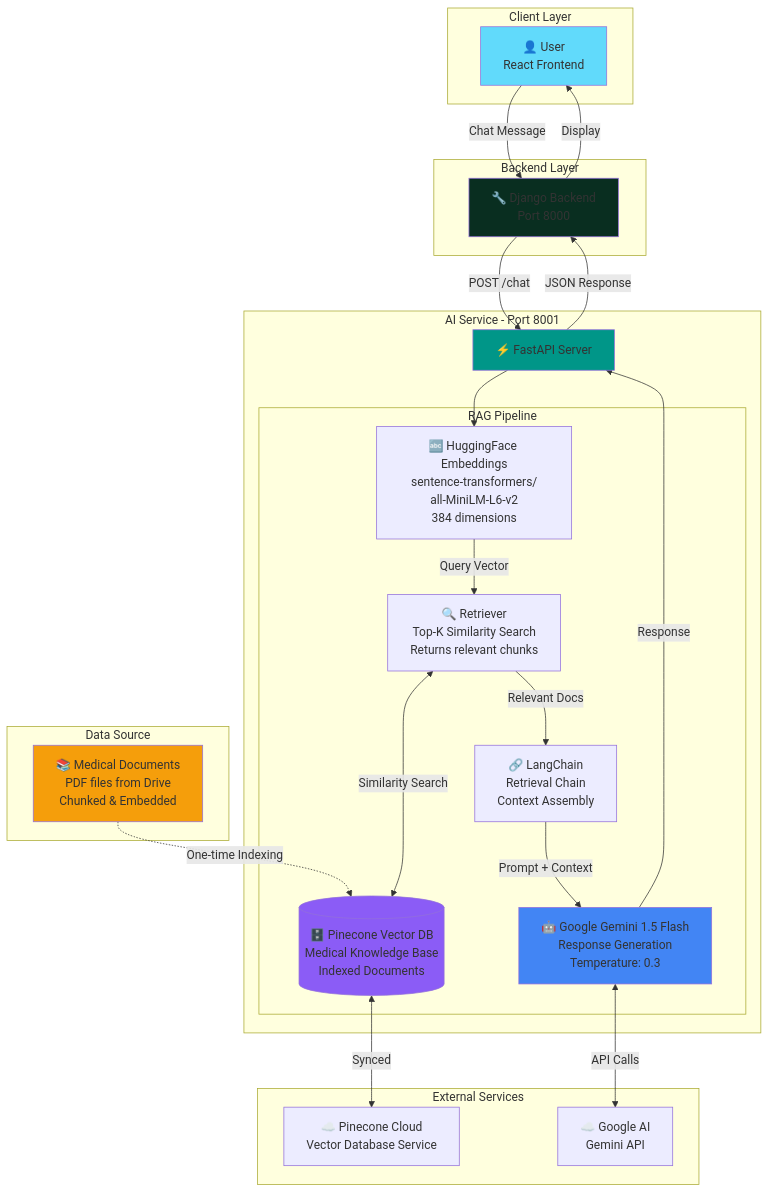
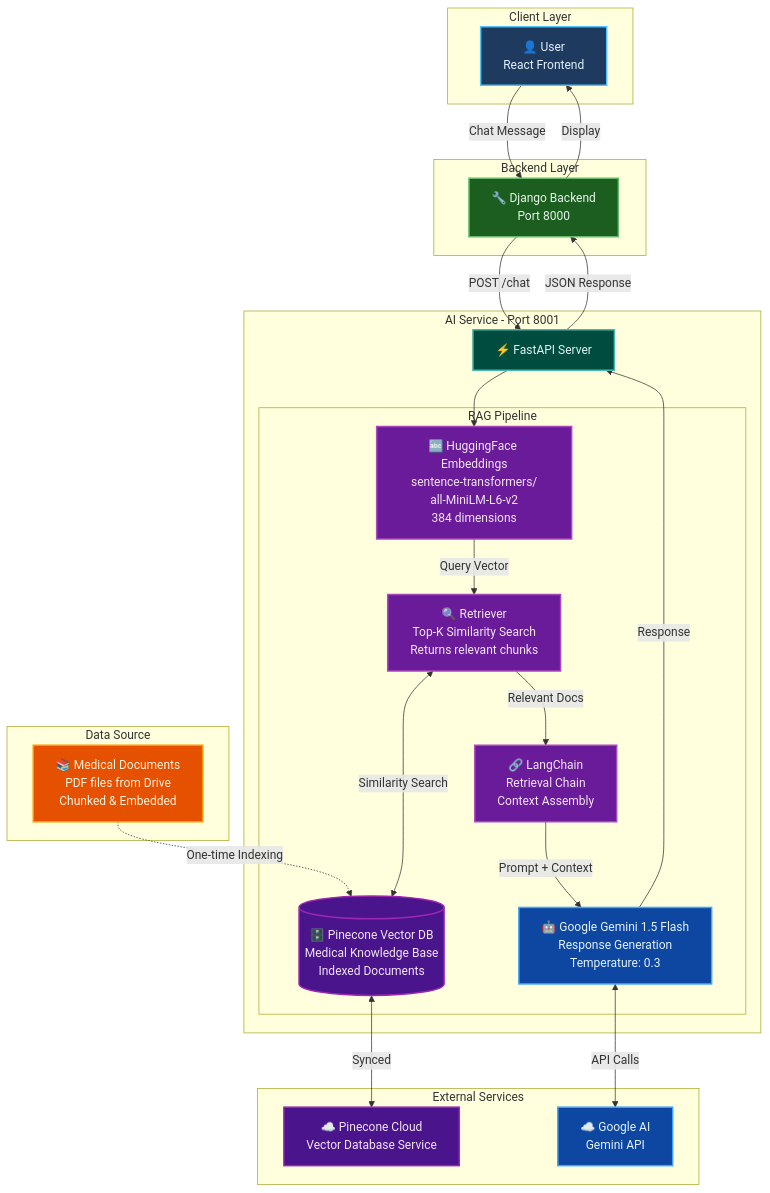
Before and after one commit to prantic-paul/SHS: the diagram in ai-service/README.md, drawn with Mermaid. The commit also changed 2 other files, not shown here.

First paragraph of the commit message:
docs: Improve Mermaid diagram colors for better text visibility
🎨 Color Scheme Changes - Dark Containers with Light Text:

````diff
--- a/ai-service/README.md
+++ b/ai-service/README.md
@@ -112,61 +112,66 @@
 ```mermaid
 graph TB
     subgraph "Client Layer"
         User[👤 User<br/>React Frontend]
     end
     
     subgraph "Backend Layer"
         Django[🔧 Django Backend<br/>Port 8000]
     end
     
     subgraph "AI Service - Port 8001"
         FastAPI[⚡ FastAPI Server]
         
         subgraph "RAG Pipeline"
             Embedding[🔤 HuggingFace Embeddings<br/>sentence-transformers/<br/>all-MiniLM-L6-v2<br/>384 dimensions]
             
             VectorDB[(🗄️ Pinecone Vector DB<br/>Medical Knowledge Base<br/>Indexed Documents)]
             
             Retriever[🔍 Retriever<br/>Top-K Similarity Search<br/>Returns relevant chunks]
             
             LangChain[🔗 LangChain<br/>Retrieval Chain<br/>Context Assembly]
             
             Gemini[🤖 Google Gemini 1.5 Flash<br/>Response Generation<br/>Temperature: 0.3]
         end
     end
     
     subgraph "External Services"
         PineconeCloud[☁️ Pinecone Cloud<br/>Vector Database Service]
         GoogleAI[☁️ Google AI<br/>Gemini API]
     end
     
     subgraph "Data Source"
         MedicalDocs[📚 Medical Documents<br/>PDF files from Drive<br/>Chunked & Embedded]
     end
     
     User -->|Chat Message| Django
     Django -->|POST /chat| FastAPI
     
     FastAPI --> Embedding
     Embedding -->|Query Vector| Retriever
     
     Retriever <-->|Similarity Search| VectorDB
     VectorDB <-->|Synced| PineconeCloud
     
     Retriever -->|Relevant Docs| LangChain
     LangChain -->|Prompt + Context| Gemini
     Gemini <-->|API Calls| GoogleAI
     
     Gemini -->|Response| FastAPI
     FastAPI -->|JSON Response| Django
     Django -->|Display| User
     
     MedicalDocs -.->|One-time Indexing| VectorDB
     
-    style User fill:#61dafb
-    style Django fill:#092e20
-    style FastAPI fill:#009688
-    style Gemini fill:#4285f4
-    style VectorDB fill:#8b5cf6
-    style MedicalDocs fill:#f59e0b
+    style User fill:#1e3a5f,stroke:#4fc3f7,stroke-width:2px,color:#e3f2fd
+    style Django fill:#1b5e20,stroke:#66bb6a,stroke-width:2px,color:#e8f5e9
+    style FastAPI fill:#004d40,stroke:#4db6ac,stroke-width:2px,color:#e0f2f1
+    style Embedding fill:#6a1b9a,stroke:#ab47bc,stroke-width:2px,color:#f3e5f5
+    style VectorDB fill:#4a148c,stroke:#9c27b0,stroke-width:2px,color:#f3e5f5
+    style Retriever fill:#6a1b9a,stroke:#ab47bc,stroke-width:2px,color:#f3e5f5
+    style LangChain fill:#6a1b9a,stroke:#ab47bc,stroke-width:2px,color:#f3e5f5
+    style Gemini fill:#0d47a1,stroke:#42a5f5,stroke-width:2px,color:#e3f2fd
+    style PineconeCloud fill:#4a148c,stroke:#9c27b0,stroke-width:2px,color:#f3e5f5
+    style GoogleAI fill:#0d47a1,stroke:#42a5f5,stroke-width:2px,color:#e3f2fd
+    style MedicalDocs fill:#e65100,stroke:#ff9800,stroke-width:2px,color:#fff3e0
 ```
````
